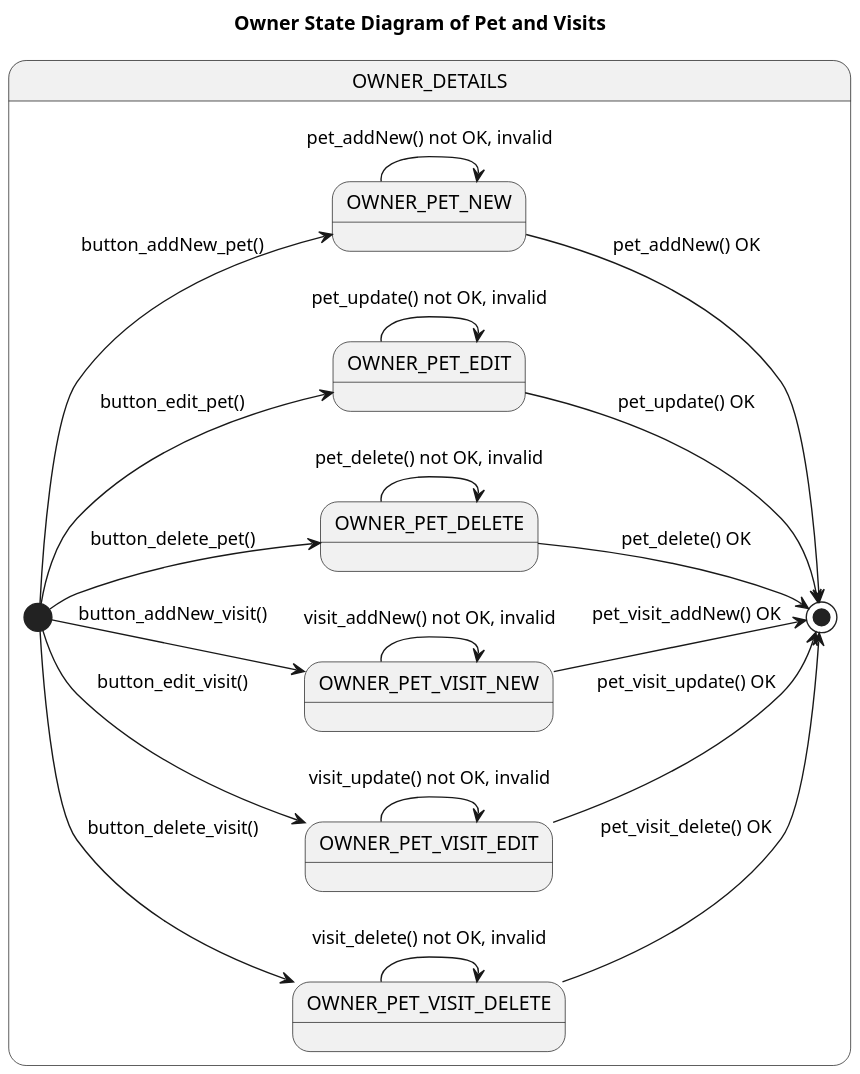
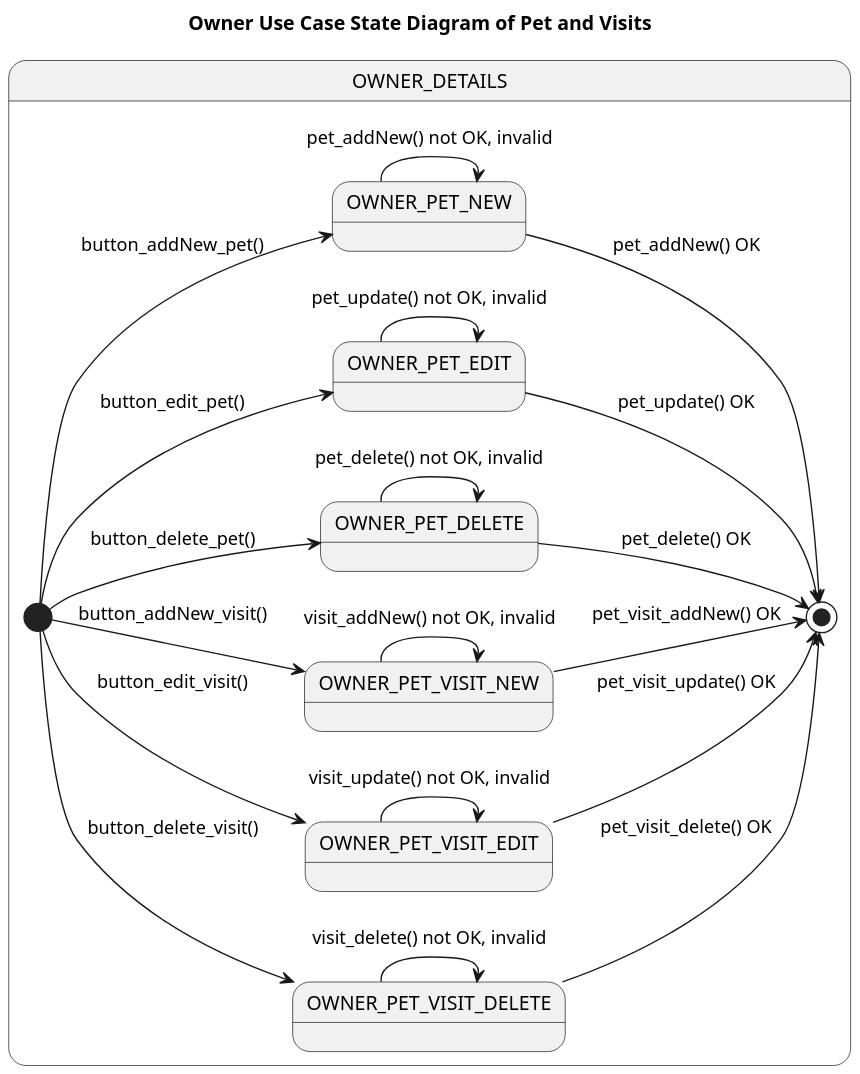
One commit to Jakarta-EE-Petclinic/petclinic-uml changed the diagram in puml/owner/concept/Owner__UseCases__State__details.puml. Above: the diagram before and after it, drawn with PlantUML. The commit also changed 13 other files, not shown here.

```diff
--- a/puml/owner/concept/Owner__UseCases__State__details.puml
+++ b/puml/owner/concept/Owner__UseCases__State__details.puml
@@ -1,53 +1,53 @@
 @startuml
 
-title Owner State Diagram of Pet and Visits
+title Owner Use Case State Diagram of Pet and Visits
 
 'https://plantuml.com/state-diagram
 
 left to right direction
 'top to bottom direction
 
 scale 1000 width
 
 state OWNER_DETAILS {
 
     [*] --> OWNER_PET_NEW: button_addNew_pet()
     [*] --> OWNER_PET_EDIT: button_edit_pet()
     [*] --> OWNER_PET_DELETE: button_delete_pet()
 
     [*] --> OWNER_PET_VISIT_NEW: button_addNew_visit()
     [*] --> OWNER_PET_VISIT_EDIT: button_edit_visit()
     [*] --> OWNER_PET_VISIT_DELETE: button_delete_visit()
 
     OWNER_PET_NEW --> [*] : pet_addNew() OK
     OWNER_PET_EDIT --> [*] : pet_update() OK
     OWNER_PET_DELETE --> [*]: pet_delete() OK
 
     OWNER_PET_VISIT_NEW --> [*] : pet_visit_addNew() OK
     OWNER_PET_VISIT_EDIT --> [*] : pet_visit_update() OK
     OWNER_PET_VISIT_DELETE --> [*]: pet_visit_delete() OK
 
     state OWNER_PET_NEW {
         OWNER_PET_NEW --> OWNER_PET_NEW : pet_addNew() not OK, invalid
     }
     state OWNER_PET_EDIT {
         OWNER_PET_EDIT --> OWNER_PET_EDIT : pet_update() not OK, invalid
     }
     state OWNER_PET_DELETE {
         OWNER_PET_DELETE --> OWNER_PET_DELETE: pet_delete() not OK, invalid
     }
 
     state OWNER_PET_VISIT_NEW {
         OWNER_PET_VISIT_NEW --> OWNER_PET_VISIT_NEW : visit_addNew() not OK, invalid
     }
     state OWNER_PET_VISIT_EDIT {
         OWNER_PET_VISIT_EDIT --> OWNER_PET_VISIT_EDIT : visit_update() not OK, invalid
     }
     state OWNER_PET_VISIT_DELETE {
         OWNER_PET_VISIT_DELETE --> OWNER_PET_VISIT_DELETE: visit_delete() not OK, invalid
     }
 }
 
 
 
 @enduml
```
